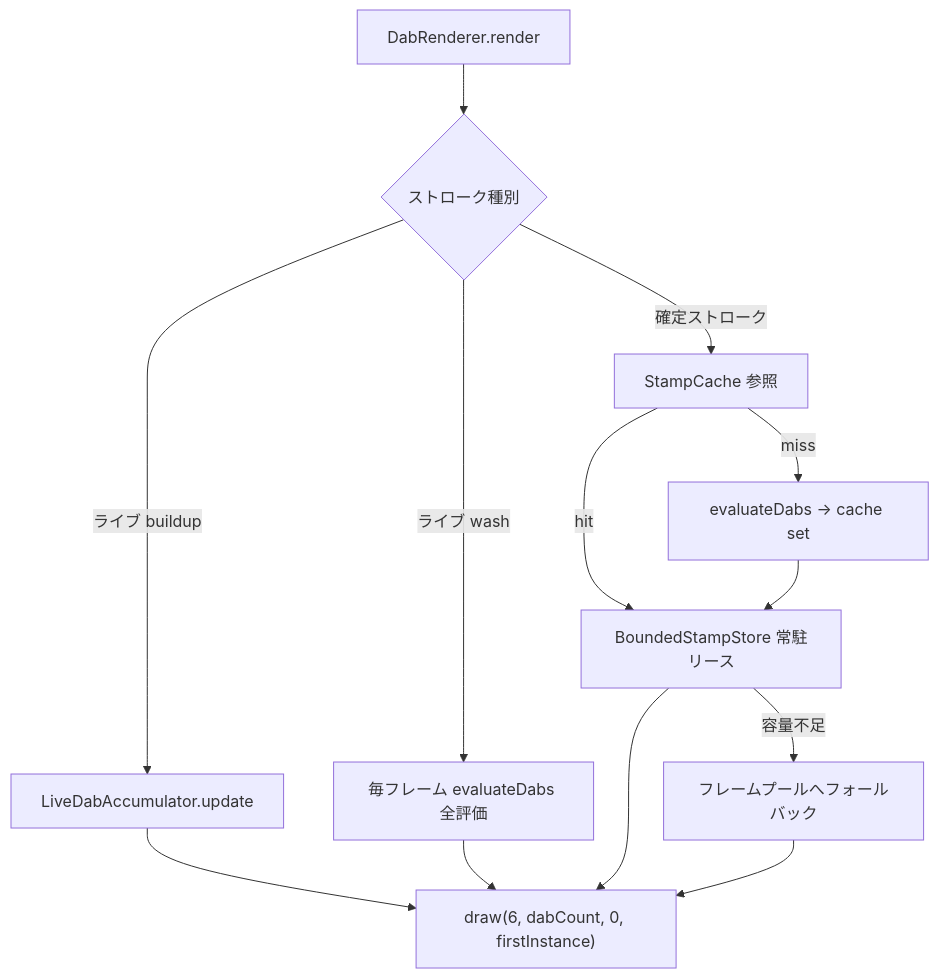
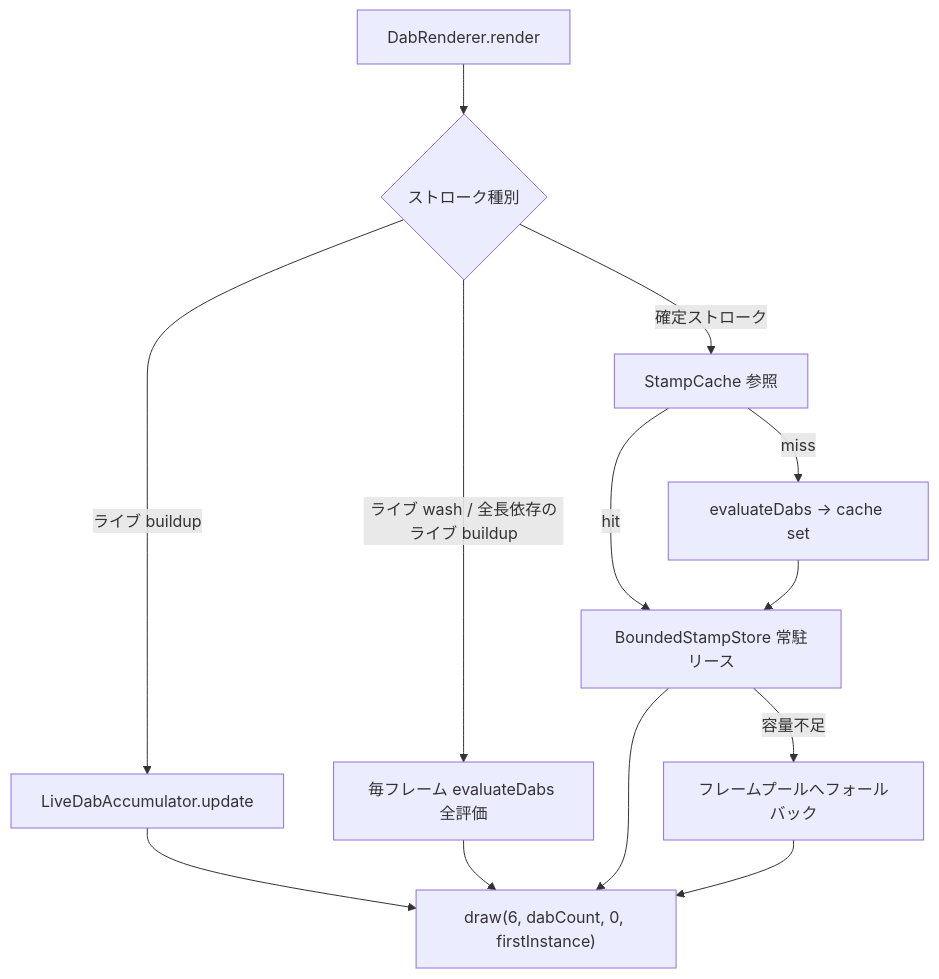
Before and after one commit to hanakla/paplico: the second of 3 diagrams in pkgs/web/src/app/devdocs/renderer/brush/page.mdx, drawn with Mermaid. The commit also changed other lines of this file and 37 other files, not shown here.

````diff
--- a/pkgs/web/src/app/devdocs/renderer/brush/page.mdx
+++ b/pkgs/web/src/app/devdocs/renderer/brush/page.mdx
@@ -147,15 +150,15 @@
 ```mermaid
 flowchart TD
     A[DabRenderer.render] --> B{ストローク種別}
     B -->|ライブ buildup| C[LiveDabAccumulator.update]
-    B -->|ライブ wash| D[毎フレーム evaluateDabs 全評価]
+    B -->|ライブ wash / 全長依存のライブ buildup| D[毎フレーム evaluateDabs 全評価]
     B -->|確定ストローク| E[StampCache 参照]
     E -->|hit| F[BoundedStampStore 常駐リース]
     E -->|miss| G[evaluateDabs → cache set]
     G --> F
     F -->|容量不足| H[フレームプールへフォールバック]
     C --> I["draw(6, dabCount, 0, firstInstance)"]
     D --> I
     F --> I
     H --> I
 ```
````
